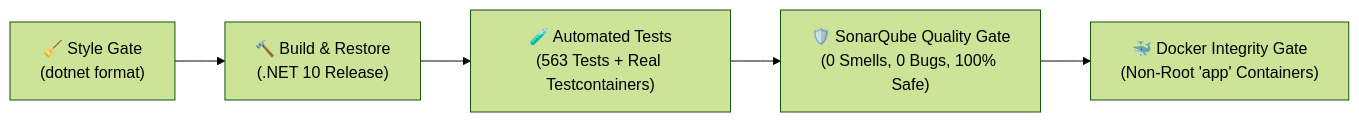
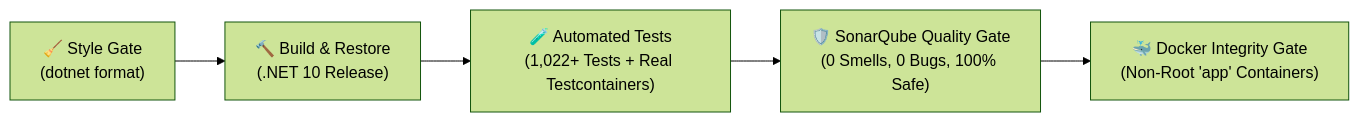
Before and after one commit to enesonmez/shuffleseries_microservices: the fourth of 4 diagrams in README.md, drawn with Mermaid (forest theme). The commit also changed other lines of this file and 567 other files, not shown here.

````diff
--- a/README.md
+++ b/README.md
@@ -455,7 +490,7 @@
 ```mermaid
 flowchart LR
     A["🧹 Style Gate\n(dotnet format)"] --> B["🔨 Build & Restore\n(.NET 10 Release)"]
-    B --> C["🧪 Automated Tests\n(563 Tests + Real Testcontainers)"]
+    B --> C["🧪 Automated Tests\n(1,022+ Tests + Real Testcontainers)"]
     D --> E["🐳 Docker Integrity Gate\n(Non-Root 'app' Containers)"]
     C --> D["🛡️ SonarQube Quality Gate\n(0 Smells, 0 Bugs, 100% Safe)"]
 ```
````
